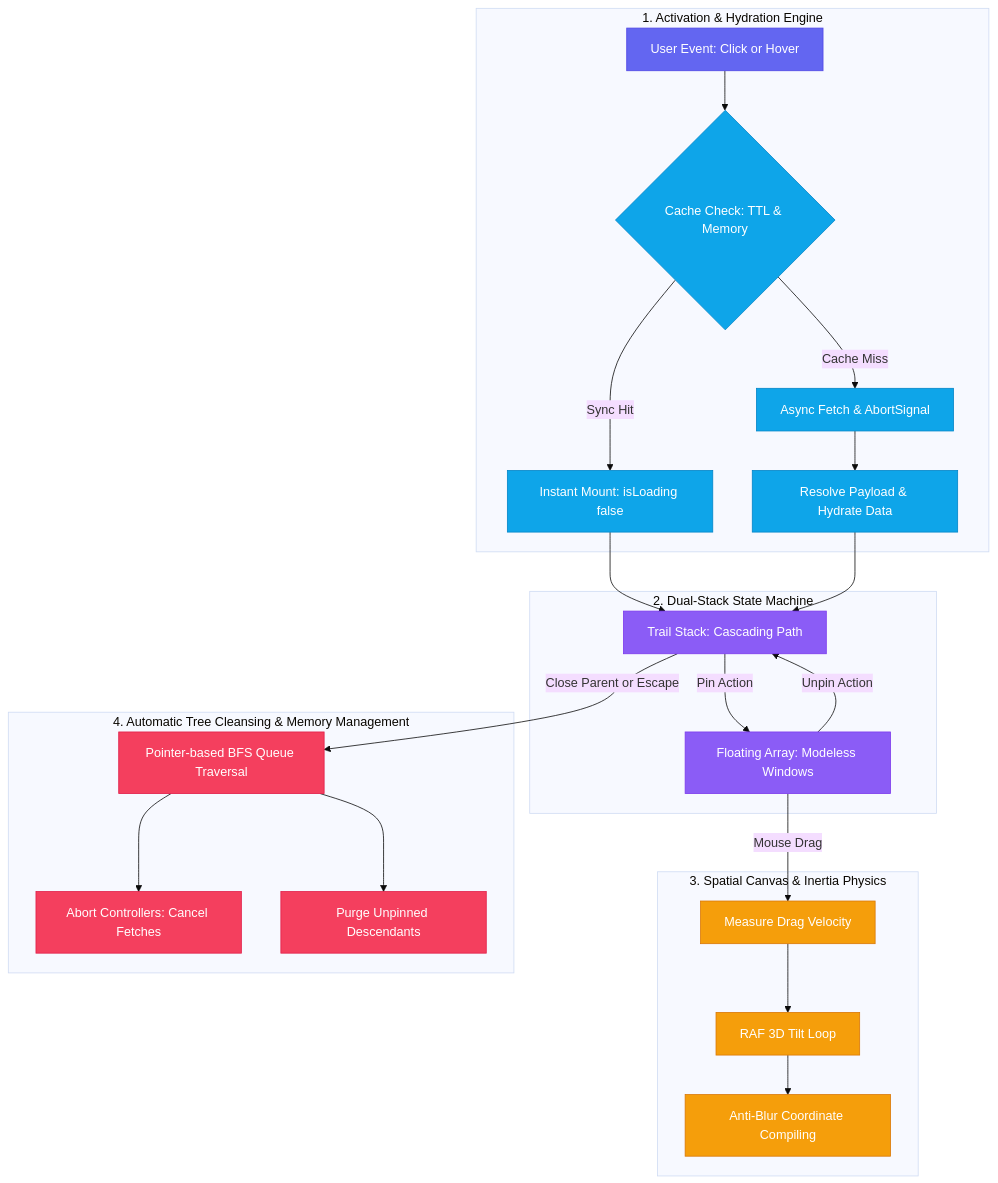
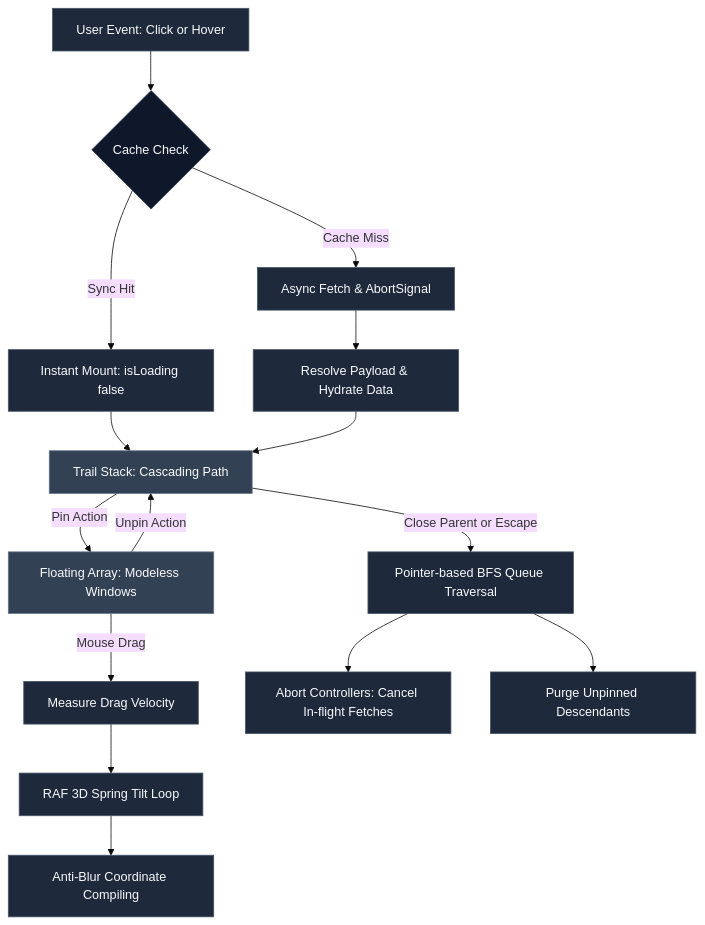
The diagram in README.md (HerAnsu/popover-trail), drawn with Mermaid (base theme) before and after one commit.

Commit message:
docs: streamline Mermaid diagram to elegant Slate monochrome palette and linear vertical flow

````diff
--- a/README.md
+++ b/README.md
@@ -42,62 +42,36 @@
 ```mermaid
 flowchart TD
-    subgraph Phase1 [1. Activation & Hydration Engine]
-        UserAction[User Event: Click or Hover]
-        ResolverCheck{Cache Check: TTL & Memory}
-        InstantRender[Instant Mount: isLoading false]
-        AsyncFetch[Async Fetch & AbortSignal]
-        ResolveSuccess[Resolve Payload & Hydrate Data]
+    A[User Event: Click or Hover] --> B{Cache Check}
+    
+    B -- Sync Hit --> C[Instant Mount: isLoading false]
+    B -- Cache Miss --> D[Async Fetch & AbortSignal]
+    D --> E[Resolve Payload & Hydrate Data]
+    
+    C --> F[Trail Stack: Cascading Path]
+    E --> F
+    
+    F -- Pin Action --> G[Floating Array: Modeless Windows]
+    G -- Unpin Action --> F
+    
+    G -- Mouse Drag --> H[Measure Drag Velocity]
+    H --> I[RAF 3D Spring Tilt Loop]
+    I --> J[Anti-Blur Coordinate Compiling]
+    
+    F -- Close Parent or Escape --> K[Pointer-based BFS Queue Traversal]
+    K --> L[Abort Controllers: Cancel In-flight Fetches]
+    K --> M[Purge Unpinned Descendants]
 
-        UserAction --> ResolverCheck
-        ResolverCheck -- Sync Hit --> InstantRender
-        ResolverCheck -- Cache Miss --> AsyncFetch
-        AsyncFetch --> ResolveSuccess
-    end
-
-    subgraph Phase2 [2. Dual-Stack State Machine]
-        TrailStack[Trail Stack: Cascading Path]
-        FloatingList[Floating Array: Modeless Windows]
-
-        InstantRender --> TrailStack
-        ResolveSuccess --> TrailStack
-        TrailStack -- Pin Action --> FloatingList
-        FloatingList -- Unpin Action --> TrailStack
-    end
-
-    subgraph Phase3 [3. Spatial Canvas & Inertia Physics]
-        VelocityCalc[Measure Drag Velocity]
-        RAFSpring[RAF 3D Tilt Loop]
-        ViewportConstrain[Anti-Blur Coordinate Compiling]
-
-        FloatingList -- Mouse Drag --> VelocityCalc
-        VelocityCalc --> RAFSpring
-        RAFSpring --> ViewportConstrain
-    end
-
-    subgraph Phase4 [4. Automatic Tree Cleansing & Memory Management]
-        BFSQueue[Pointer-based BFS Queue Traversal]
-        AbortReqs[Abort Controllers: Cancel Fetches]
-        PurgeOrphans[Purge Unpinned Descendants]
-
-        TrailStack -- Close Parent or Escape --> BFSQueue
-        BFSQueue --> AbortReqs
-        BFSQueue --> PurgeOrphans
-    end
-
-    style UserAction fill:#6366f1,stroke:#4f46e5,color:#fff
-    style ResolverCheck fill:#0ea5e9,stroke:#0284c7,color:#fff
-    style InstantRender fill:#0ea5e9,stroke:#0284c7,color:#fff
-    style AsyncFetch fill:#0ea5e9,stroke:#0284c7,color:#fff
-    style ResolveSuccess fill:#0ea5e9,stroke:#0284c7,color:#fff
-
-    style TrailStack fill:#8b5cf6,stroke:#7c3aed,color:#fff
-    style FloatingList fill:#8b5cf6,stroke:#7c3aed,color:#fff
-
-    style VelocityCalc fill:#f59e0b,stroke:#d97706,color:#fff
-    style RAFSpring fill:#f59e0b,stroke:#d97706,color:#fff
-    style ViewportConstrain fill:#f59e0b,stroke:#d97706,color:#fff
-
-    style BFSQueue fill:#f43f5e,stroke:#e11d48,color:#fff
-    style AbortReqs fill:#f43f5e,stroke:#e11d48,color:#fff
-    style PurgeOrphans fill:#f43f5e,stroke:#e11d48,color:#fff
+    style A fill:#1e293b,stroke:#475569,color:#f8fafc
+    style B fill:#0f172a,stroke:#334155,color:#f8fafc
+    style C fill:#1e293b,stroke:#475569,color:#f8fafc
+    style D fill:#1e293b,stroke:#475569,color:#f8fafc
+    style E fill:#1e293b,stroke:#475569,color:#f8fafc
+    style F fill:#334155,stroke:#64748b,color:#f8fafc
+    style G fill:#334155,stroke:#64748b,color:#f8fafc
+    style H fill:#1e293b,stroke:#475569,color:#f8fafc
+    style I fill:#1e293b,stroke:#475569,color:#f8fafc
+    style J fill:#1e293b,stroke:#475569,color:#f8fafc
+    style K fill:#1e293b,stroke:#475569,color:#f8fafc
+    style L fill:#1e293b,stroke:#475569,color:#f8fafc
+    style M fill:#1e293b,stroke:#475569,color:#f8fafc
 ```
````
